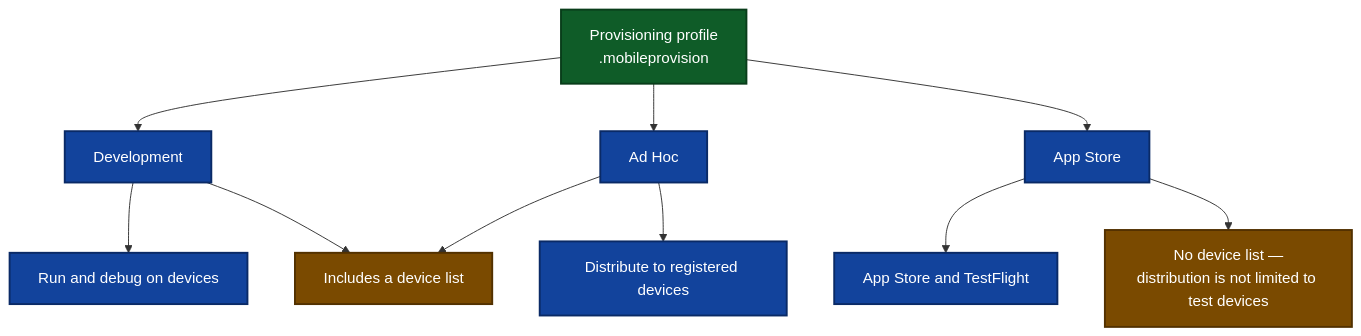
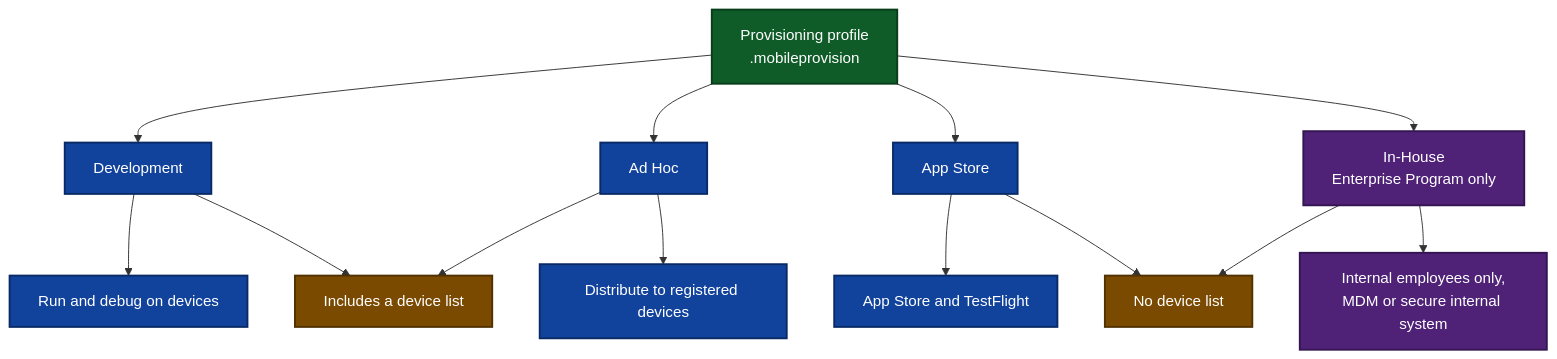
One commit to OGSarah/iOS-Project-Tooling changed the fifth of 11 diagrams in ios-code-signing-diagrams.md. Above: the diagram before and after it, drawn with Mermaid. The commit also changed other lines of this file, not shown here.

````diff
--- a/ios-code-signing-diagrams.md
+++ b/ios-code-signing-diagrams.md
@@ -132,20 +132,25 @@
 ```mermaid
 graph TD
     R["Provisioning profile<br/>.mobileprovision"] --> D["Development"]
     R --> H["Ad Hoc"]
     R --> S["App Store"]
+    R --> I["In-House<br/>Enterprise Program only"]
 
     D --> D1["Run and debug on devices"]
     D --> DEVLIST["Includes a device list"]
     H --> H1["Distribute to registered devices"]
     H --> DEVLIST
     S --> S1["App Store and TestFlight"]
-    S --> S2["No device list —<br/>distribution is not limited to test devices"]
+    S --> NODEV["No device list"]
+    I --> I1["Internal employees only,<br/>MDM or secure internal system"]
+    I --> NODEV
 
     classDef green fill:#0f5c28,stroke:#093d1a,color:#ffffff,stroke-width:2px
     classDef blue fill:#12439c,stroke:#0a2a66,color:#ffffff,stroke-width:2px
     classDef amber fill:#7a4a00,stroke:#523100,color:#ffffff,stroke-width:2px
+    classDef purple fill:#4f2278,stroke:#341551,color:#ffffff,stroke-width:2px
     class R green
     class D,H,S,D1,H1,S1 blue
-    class DEVLIST,S2 amber
+    class I,I1 purple
+    class DEVLIST,NODEV amber
 ```
````
